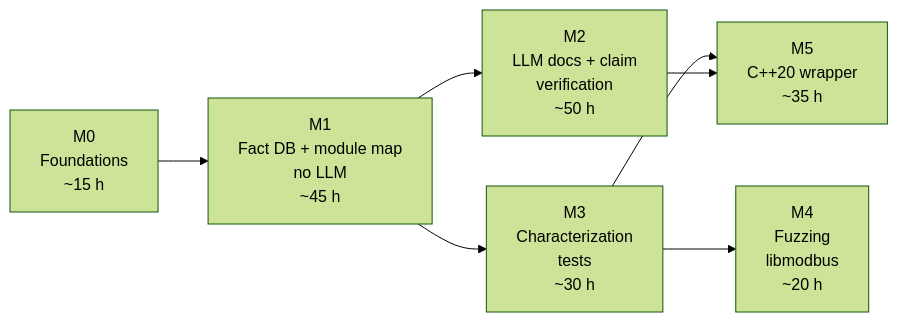
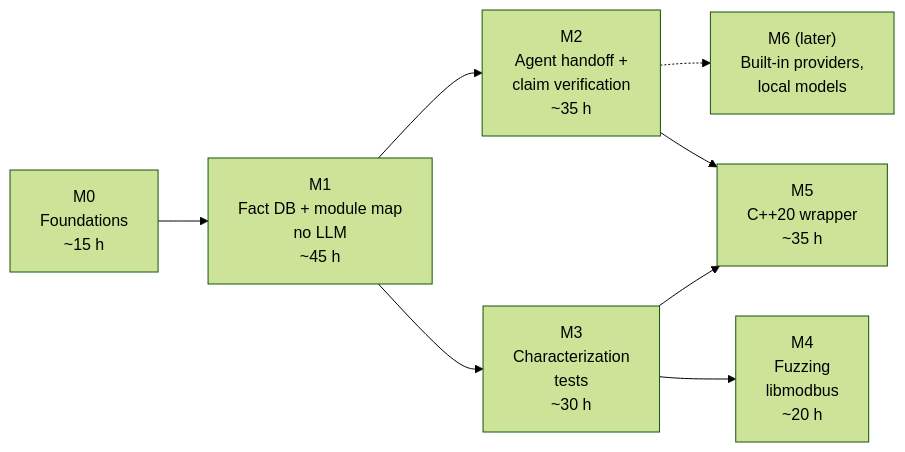
The diagram in docs/plan/roadmap.md (Tomek52/legacy-cartographer), drawn with Mermaid (forest theme) before and after one commit. The commit also changed other lines of this file and 28 other files, not shown here.

First line of the commit message:
docs(adr): add ADRs 0006-0008 and the agent handoff contract

````diff
--- a/docs/plan/roadmap.md
+++ b/docs/plan/roadmap.md
@@ -9,9 +9,10 @@
 ```mermaid
 flowchart LR
     M0["M0<br/>Foundations<br/>~15 h"] --> M1["M1<br/>Fact DB + module map<br/>no LLM<br/>~45 h"]
-    M1 --> M2["M2<br/>LLM docs + claim<br/>verification<br/>~50 h"]
+    M1 --> M2["M2<br/>Agent handoff +<br/>claim verification<br/>~35 h"]
     M1 --> M3["M3<br/>Characterization<br/>tests<br/>~30 h"]
     M3 --> M4["M4<br/>Fuzzing<br/>libmodbus<br/>~20 h"]
     M3 --> M5["M5<br/>C++20 wrapper<br/>~35 h"]
     M2 --> M5
+    M2 -.-> M6["M6 (later)<br/>Built-in providers,<br/>local models"]
 ```
````
